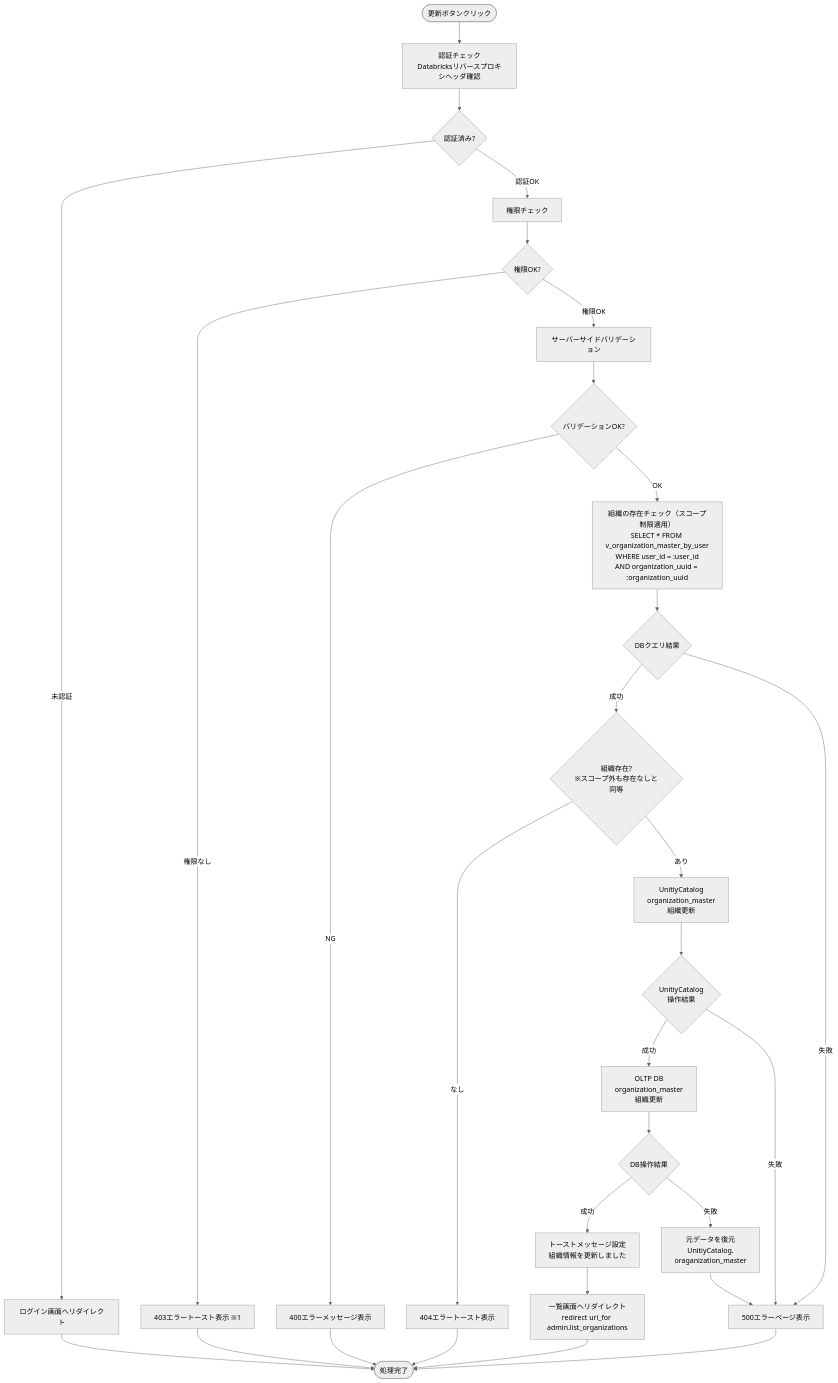
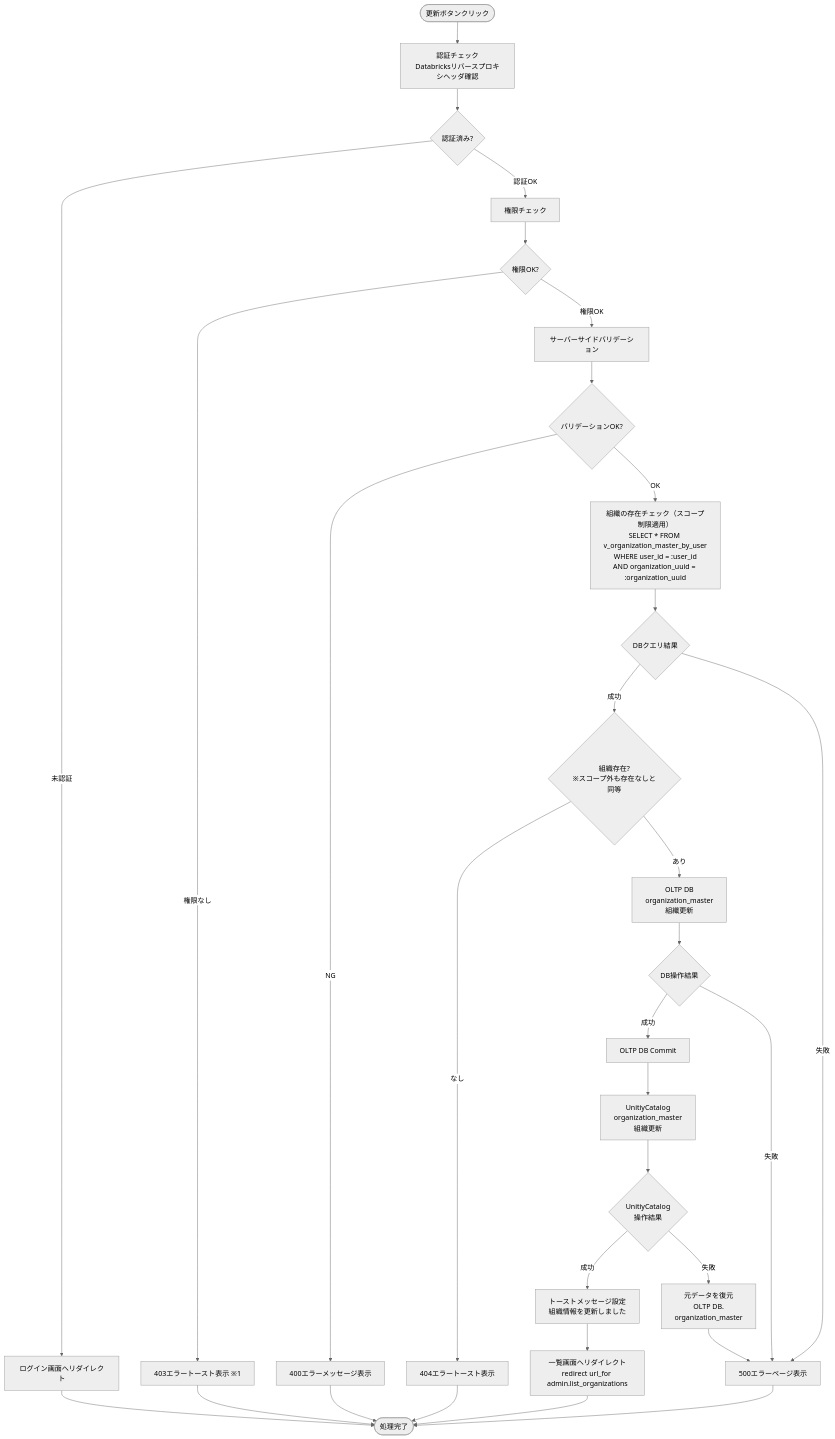
The sixth of 8 diagrams in docs/03-features/flask-app/organizations/workflow-specification.md (NSW-SVCP-AIWG002/Databricks-IoT), drawn with Mermaid (neutral theme) before and after one commit. The commit also changed other lines of this file and 1 other file, not shown here.

````diff
--- a/docs/03-features/flask-app/organizations/workflow-specification.md
+++ b/docs/03-features/flask-app/organizations/workflow-specification.md
@@ -1369,43 +1369,43 @@
 ```mermaid
 flowchart TD
     Start([更新ボタンクリック]) --> Auth[認証チェック<br>Databricksリバースプロキシヘッダ確認]
     Auth --> CheckAuth{認証済み?}
     CheckAuth -->|未認証| LoginRedirect[ログイン画面へリダイレクト]
     CheckAuth -->|認証OK| Permission[権限チェック]
 
     Permission --> CheckPerm{権限OK?}
     CheckPerm -->|権限なし| Error403[403エラートースト表示 ※1]
     CheckPerm -->|権限OK| ServerValidate[サーバーサイドバリデーション]
 
     ServerValidate --> CheckValidate{バリデーションOK?}
     CheckValidate -->|NG| Error400[400エラーメッセージ表示]
     CheckValidate -->|OK| OrgExist[組織の存在チェック（スコープ制限適用）<br>SELECT * FROM v_organization_master_by_user<br>WHERE user_id = :user_id<br>AND organization_uuid = :organization_uuid]
 
     OrgExist --> CheckExistDB{DBクエリ結果}
     CheckExistDB -->|成功| CheckExists{組織存在?<br>※スコープ外も存在なしと同等}
     CheckExistDB -->|失敗| Error500[500エラーページ表示]
 
     CheckExists -->|なし| Error404[404エラートースト表示]
-    CheckExists -->|あり| UpdateUCMstr[UnitiyCatalog<br>organization_master<br>組織更新]
+    CheckExists -->|あり| UpdateDBMstr[OLTP DB<br>organization_master<br>組織更新]
 
+    UpdateDBMstr --> CheckUpdateDBMstr{DB操作結果}
+    CheckUpdateDBMstr -->|成功| DBCommit[OLTP DB Commit]
+    CheckUpdateDBMstr -->|失敗| Error500
+
+    DBCommit --> UpdateUCMstr[UnitiyCatalog<br>organization_master<br>組織更新]
     UpdateUCMstr --> CheckUpdateUCMstr{UnitiyCatalog<br>操作結果}
 
-    CheckUpdateUCMstr -->|成功| UpdateDBMstr[OLTP DB<br>organization_master<br>組織更新]
-    CheckUpdateUCMstr -->|失敗| Error500
+    CheckUpdateUCMstr -->|成功| Toast[トーストメッセージ設定<br>組織情報を更新しました]
+    CheckUpdateUCMstr -->|失敗| RollbackDBMstr[元データを復元<br>OLTP DB.<br>organization_master]
 
-    UpdateDBMstr --> CheckUpdateDBMstr{DB操作結果}
-
-    CheckUpdateDBMstr -->|成功| Toast[トーストメッセージ設定<br>組織情報を更新しました]
-    CheckUpdateDBMstr -->|失敗| RollbackUCMstr[元データを復元<br>UnitiyCatalog.<br>oraganization_master]
-
-    RollbackUCMstr --> Error500
+    RollbackDBMstr --> Error500
 
     Toast --> Redirect[一覧画面へリダイレクト<br>redirect url_for admin.list_organizations]
 
     LoginRedirect --> End([処理完了])
     Error400 --> End
     Error403 --> End
     Error404 --> End
     Error500 --> End
     Redirect --> End
 ```
````
